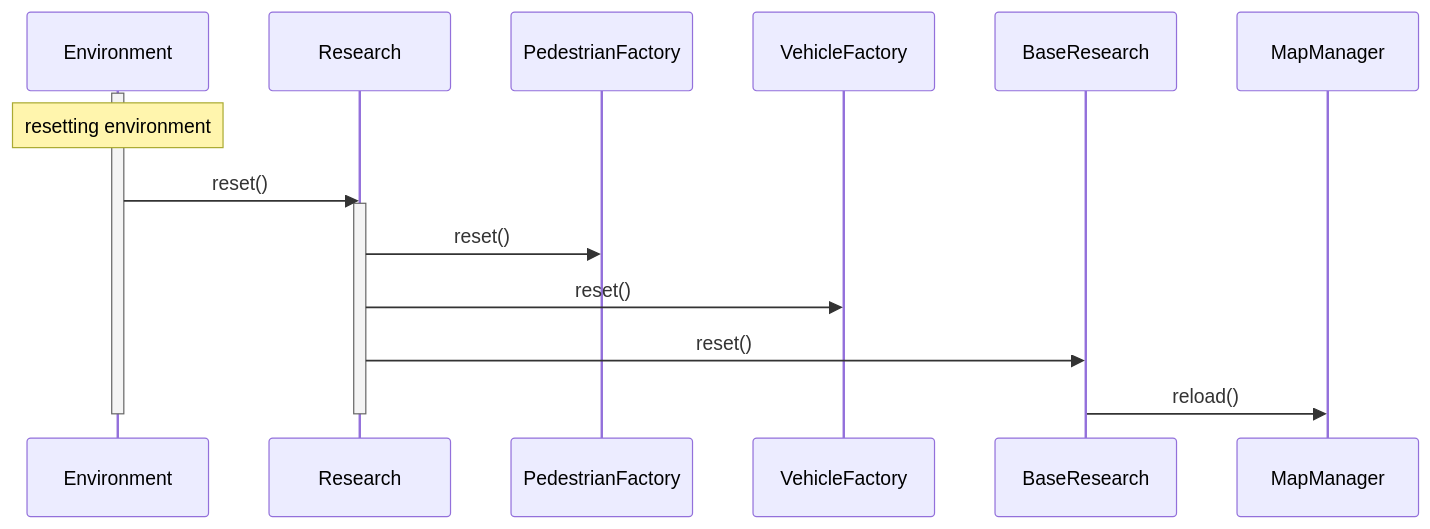
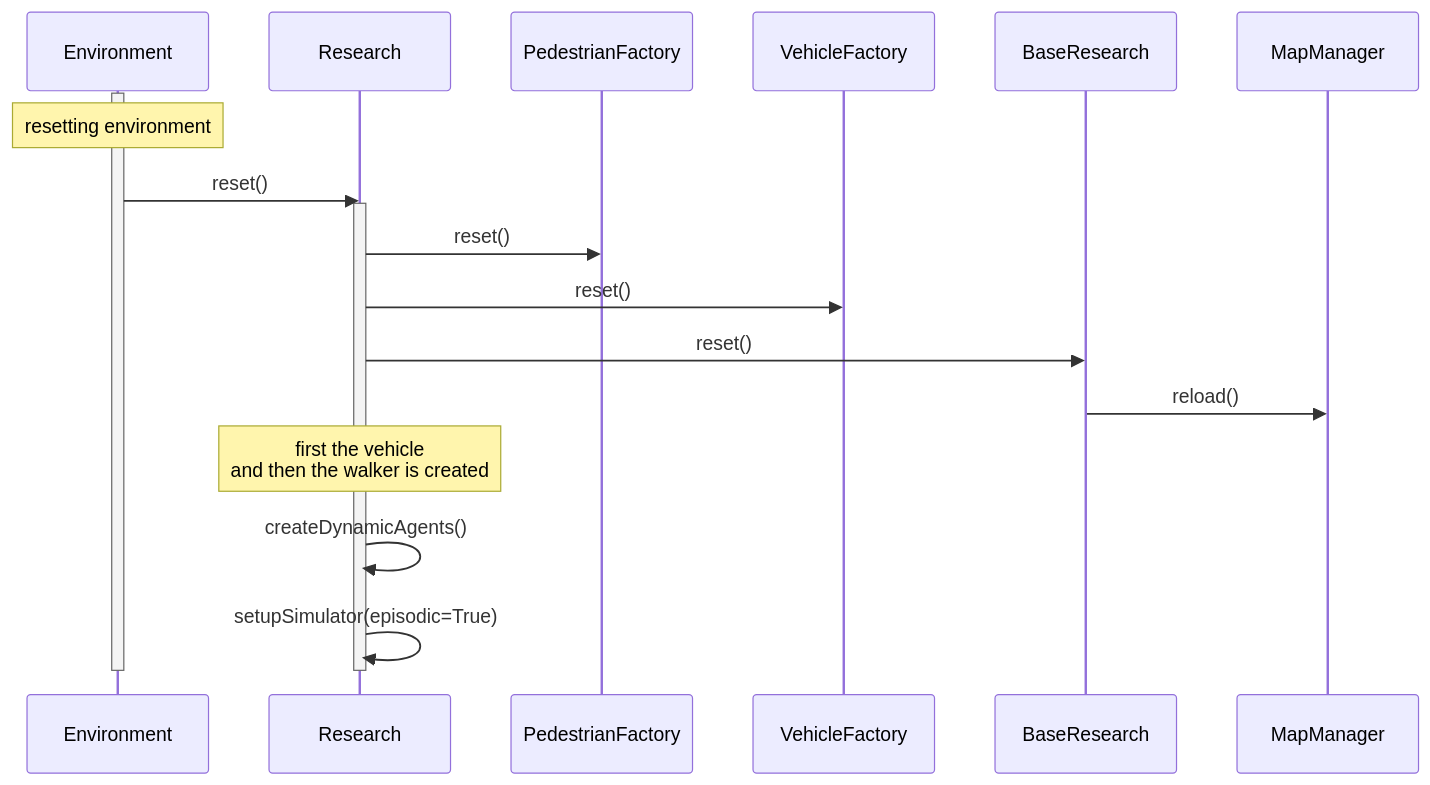
The third of 5 diagrams in docs/gym-env.md (adhocmaster/carla-jaywalker-experiments), drawn with Mermaid before and after one commit. The commit also changed other lines of this file and 6 other files, not shown here.

````diff
--- a/docs/gym-env.md
+++ b/docs/gym-env.md
@@ -63,20 +63,24 @@
 ```mermaid
 sequenceDiagram
     participant E as Environment
     participant R as Research
     participant PF as PedestrianFactory
     participant VF as VehicleFactory
     participant BR as BaseResearch
     participant MM as MapManager
 
     activate E
     Note over E: resetting environment
     E->>R:reset()
     activate R
     R->>PF:reset()
     R->>VF:reset()
     R->>BR:reset()
     BR->>MM:reload()
+
+    Note over R: first the vehicle <br> and then the walker is created
+    R->>R:createDynamicAgents()
+    R->>R:setupSimulator(episodic=True)
     deactivate R
     deactivate E
 ```
````
